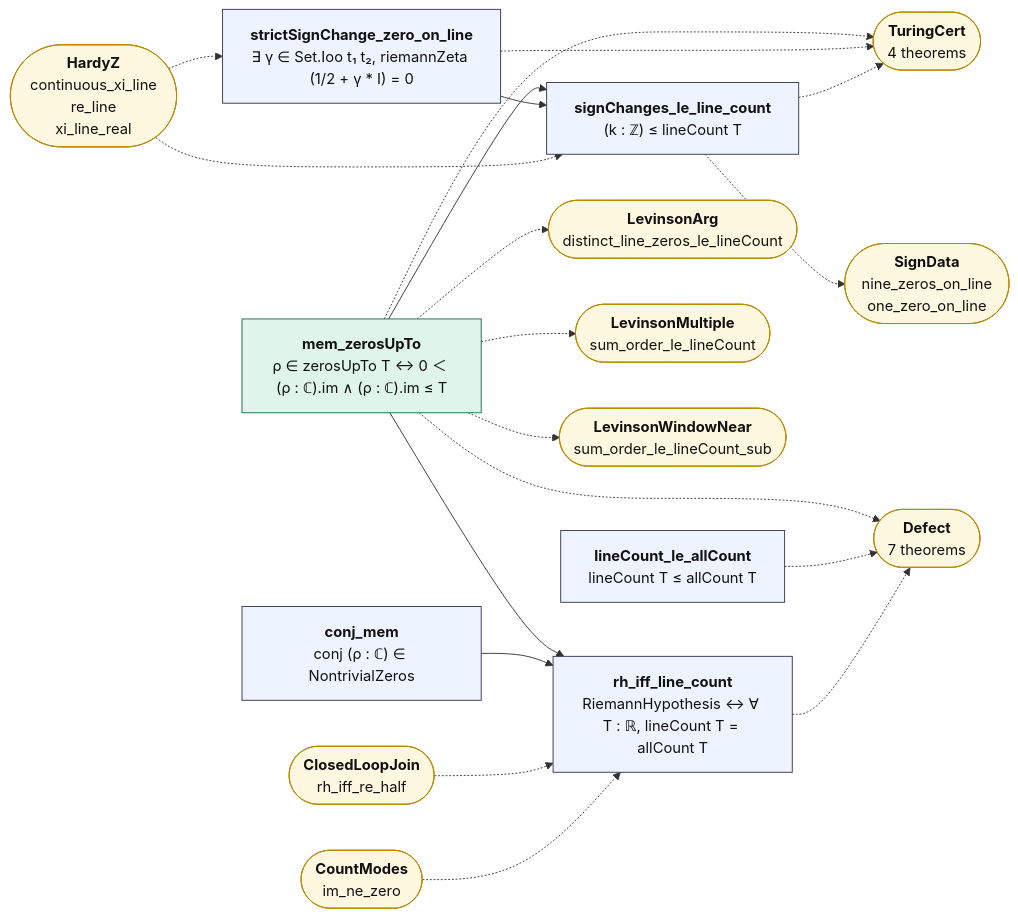
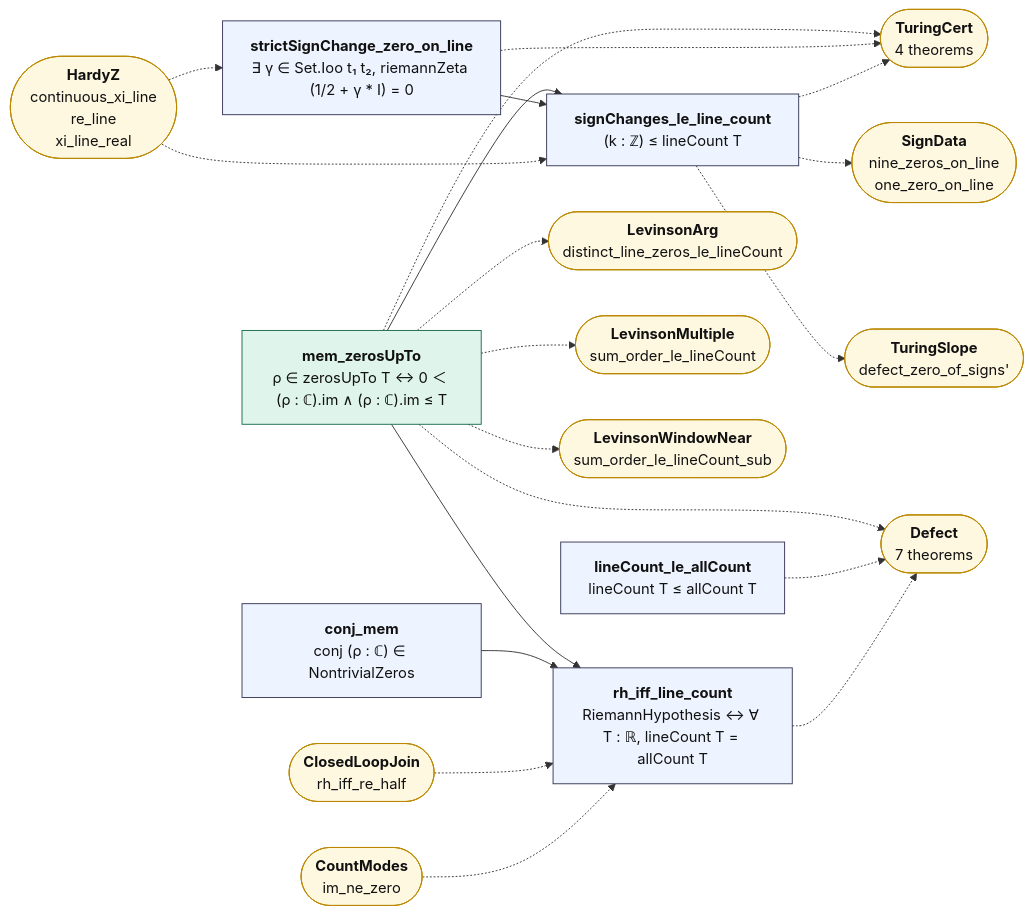
The diagram in map/lean_stage3/LineCount.md (juliansambranojr/Primebeat_081426), drawn with Mermaid before and after one commit. The commit also changed other lines of this file and 33 other files, not shown here.

````diff
--- a/map/lean_stage3/LineCount.md
+++ b/map/lean_stage3/LineCount.md
@@ -14,44 +14,46 @@
 ```mermaid
 flowchart LR
   n0["<b>mem_zerosUpTo</b><br/>ρ ∈ zerosUpTo T ↔ 0 ＜ (ρ : ℂ).im ∧ (ρ : ℂ).im ≤ T"]:::cnt
   n1["<b>strictSignChange_zero_on_line</b><br/>∃ γ ∈ Set.Ioo t₁ t₂, riemannZeta (1/2 + γ * I) = 0"]:::thm
   n2["<b>conj_mem</b><br/>conj (ρ : ℂ) ∈ NontrivialZeros"]:::thm
   n3["<b>lineCount_le_allCount</b><br/>lineCount T ≤ allCount T"]:::thm
   n4["<b>rh_iff_line_count</b><br/>RiemannHypothesis ↔ ∀ T : ℝ, lineCount T = allCount T"]:::thm
   n5["<b>signChanges_le_line_count</b><br/>(k : ℤ) ≤ lineCount T"]:::thm
   x0(["<b>Defect</b><br/>7 theorems"]):::ext
   x1(["<b>LevinsonArg</b><br/>distinct_line_zeros_le_lineCount"]):::ext
   x2(["<b>LevinsonMultiple</b><br/>sum_order_le_lineCount"]):::ext
   x3(["<b>LevinsonWindowNear</b><br/>sum_order_le_lineCount_sub"]):::ext
   x4(["<b>TuringCert</b><br/>4 theorems"]):::ext
   x5(["<b>HardyZ</b><br/>continuous_xi_line<br/>re_line<br/>xi_line_real"]):::ext
   x6(["<b>ClosedLoopJoin</b><br/>rh_iff_re_half"]):::ext
   x7(["<b>CountModes</b><br/>im_ne_zero"]):::ext
   x8(["<b>SignData</b><br/>nine_zeros_on_line<br/>one_zero_on_line"]):::ext
+  x9(["<b>TuringSlope</b><br/>defect_zero_of_signs'"]):::ext
   n0 --> n4
   n0 --> n5
   n1 --> n5
   n2 --> n4
   n0 -.-> x0
   n0 -.-> x1
   n0 -.-> x2
   n0 -.-> x3
   n0 -.-> x4
   n1 -.-> x4
   n3 -.-> x0
   n4 -.-> x0
   n5 -.-> x4
   n5 -.-> x8
+  n5 -.-> x9
   x5 -.-> n1
   x5 -.-> n5
   x6 -.-> n4
   x7 -.-> n4
   classDef cnt fill:#dff5ec,stroke:#17694a,color:#111
   classDef shp fill:#f1ecfb,stroke:#5b3fa0,color:#111
   classDef rh fill:#ffe5e5,stroke:#c22,color:#111,stroke-width:2px
   classDef thm fill:#eef4ff,stroke:#335,color:#111
   classDef end_ fill:#e7f7e7,stroke:#2a7,color:#111,stroke-width:2px
   classDef lone fill:#fff,stroke:#999,color:#111,stroke-dasharray:4 3
   classDef bad fill:#ffe5e5,stroke:#c22,color:#111,stroke-width:2px
   classDef ext fill:#fff8e1,stroke:#b80,color:#111
 ```
````
